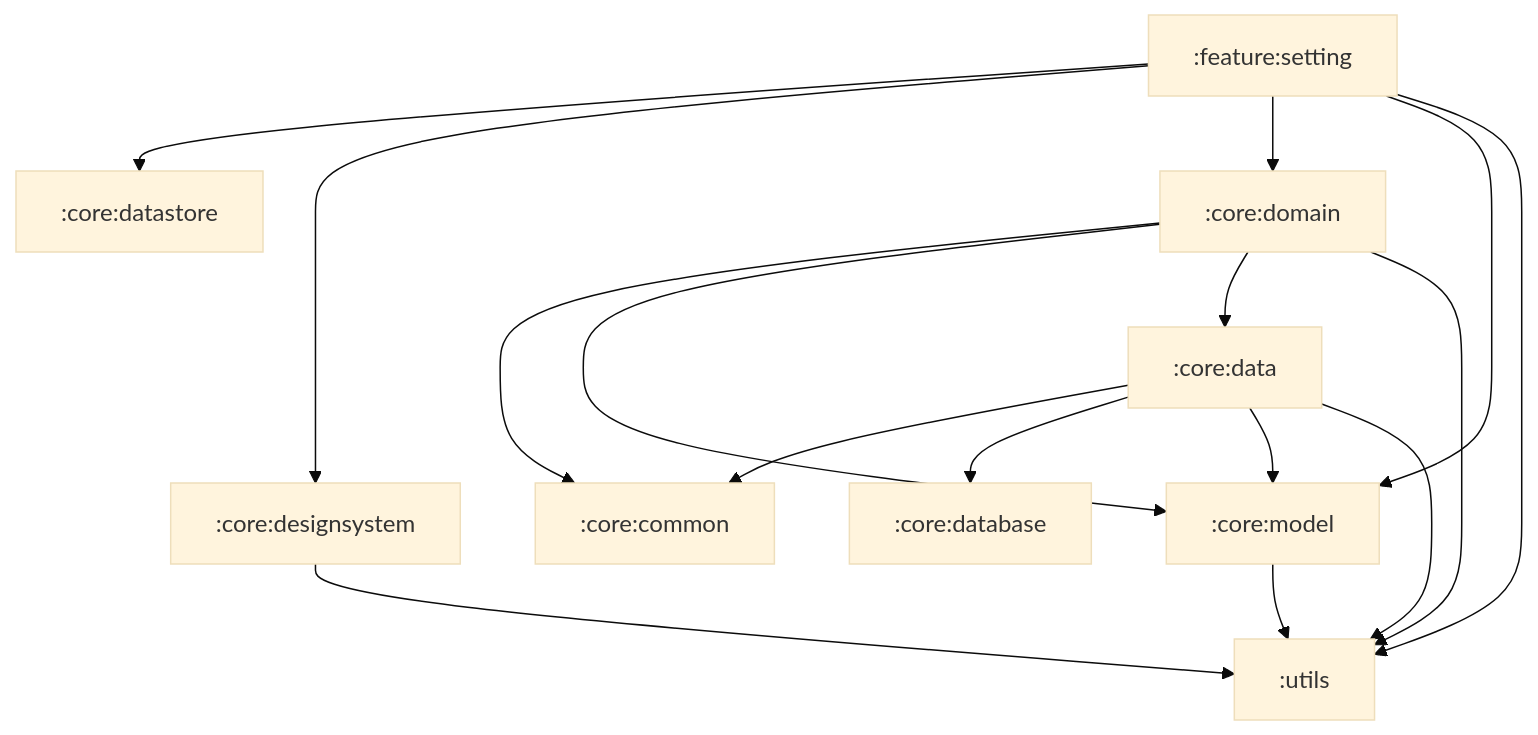
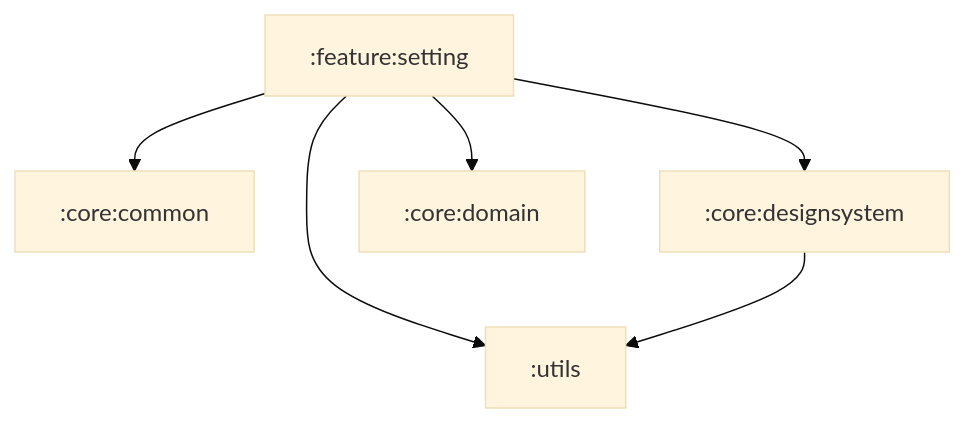
The diagram in module/feature/setting.md (HakusFactory/hakusfactory.github.io), drawn with Mermaid (base theme) before and after one commit. The commit also changed 12 other files, not shown here.

````diff
--- a/module/feature/setting.md
+++ b/module/feature/setting.md
@@ -3,34 +3,18 @@
 ```mermaid
 flowchart TD
 setting[:feature:setting]
 
-setting --> datastore
+setting --> common
 setting --> designsystem
 setting --> domain
-setting --> model
 setting --> utils
+
+common[:core:common]
 
 designsystem[:core:designsystem]
 designsystem --> utils
 
 domain[:core:domain]
-domain --> common
-domain --> model
-domain --> data
-domain --> utils
-
-model[:core:model]
-model --> utils
-
-data[:core:data]
-data --> common
-data --> database
-data --> model
-data --> utils
-
-datastore[:core:datastore]
 
 utils[:utils]
-database[:core:database]
-common[:core:common]
 ```
````
